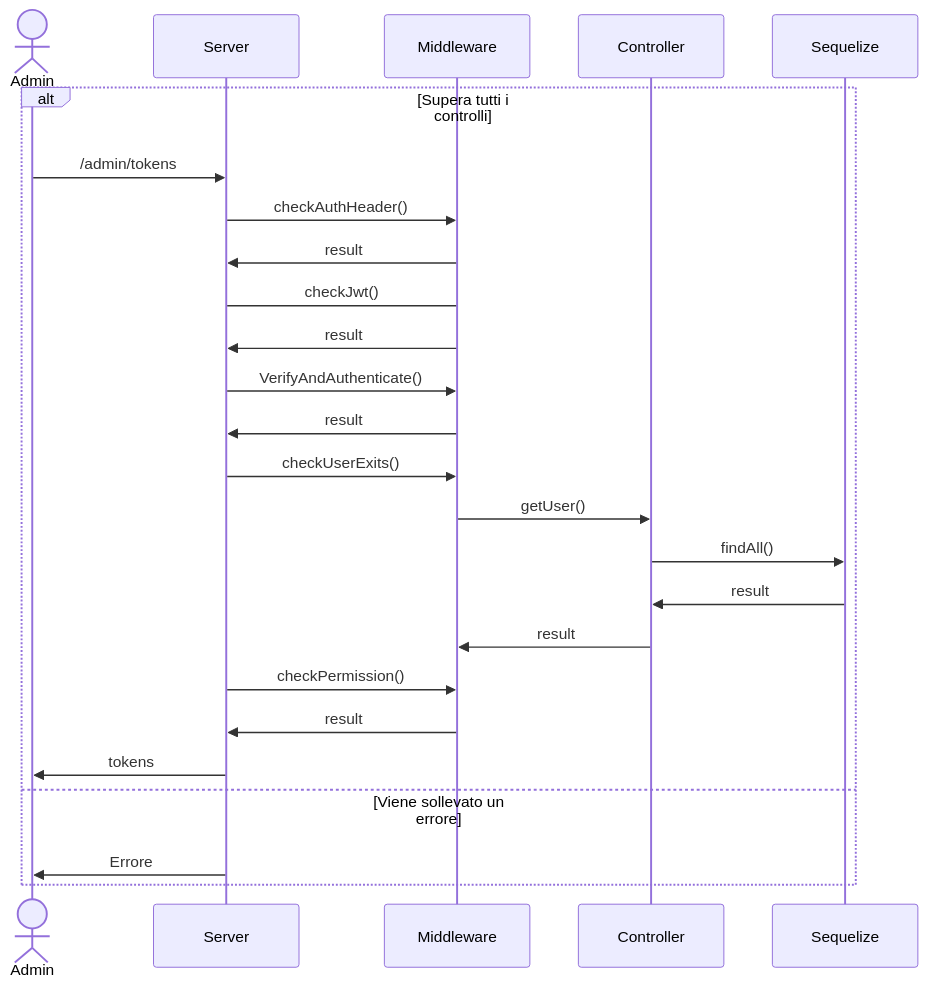
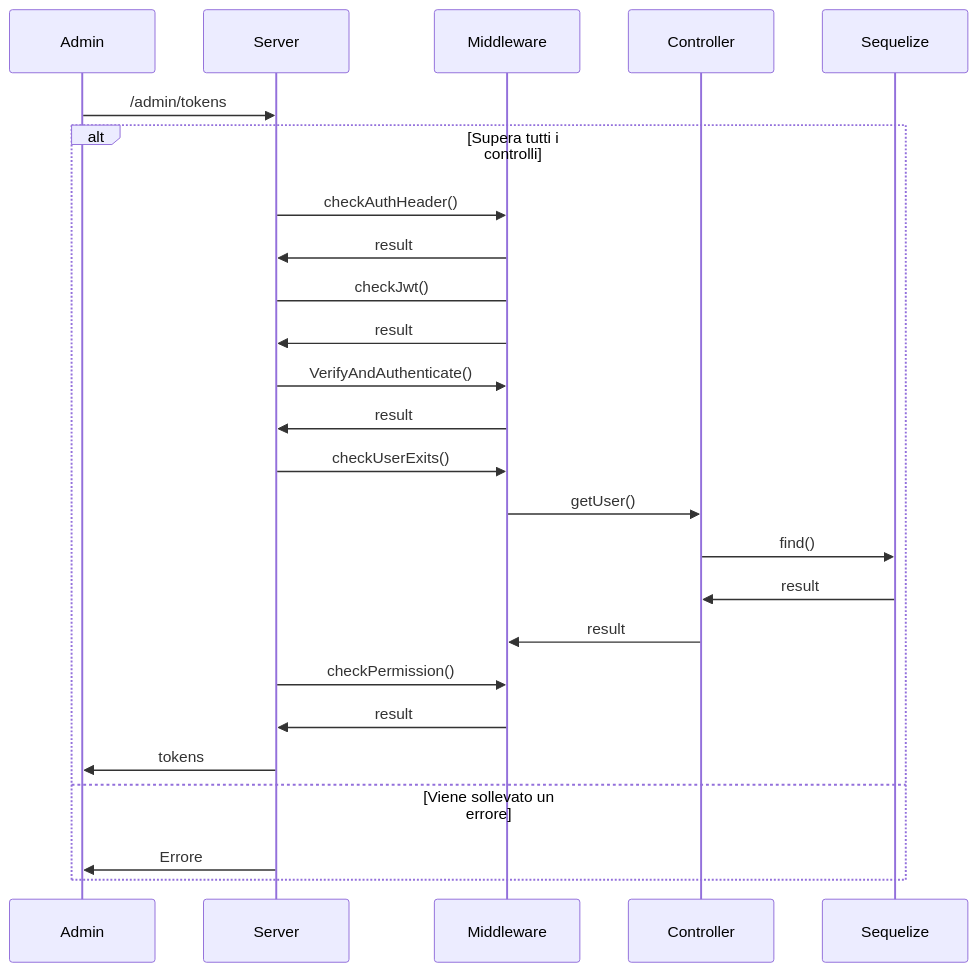
Before and after one commit to AgneseBruglia/PA2024: the fifth of 6 diagrams in README.md, drawn with Mermaid. The commit also changed other lines of this file, not shown here.

````diff
--- a/README.md
+++ b/README.md
@@ -262,23 +262,23 @@
 ```mermaid
 sequenceDiagram
+    Admin->>Server: /admin/tokens
     alt Supera tutti i controlli
         actor Admin
-        Admin->>Server: /admin/tokens
         Server->>Middleware: checkAuthHeader()
         Middleware->>Server: result
         Server->Middleware: checkJwt()
         Middleware->>Server: result
         Server->>Middleware: VerifyAndAuthenticate() 
         Middleware->>Server: result
         Server->>Middleware: checkUserExits()
         Middleware->>Controller: getUser()
-        Controller->>Sequelize: findAll()
+        Controller->>Sequelize: find()
         Sequelize->>Controller: result
         Controller->>Middleware: result
         Server->>Middleware: checkPermission()
         Middleware->>Server: result 
         Server->>Admin: tokens
     else Viene sollevato un errore
         Server->>Admin: Errore
     end
 ```
````
